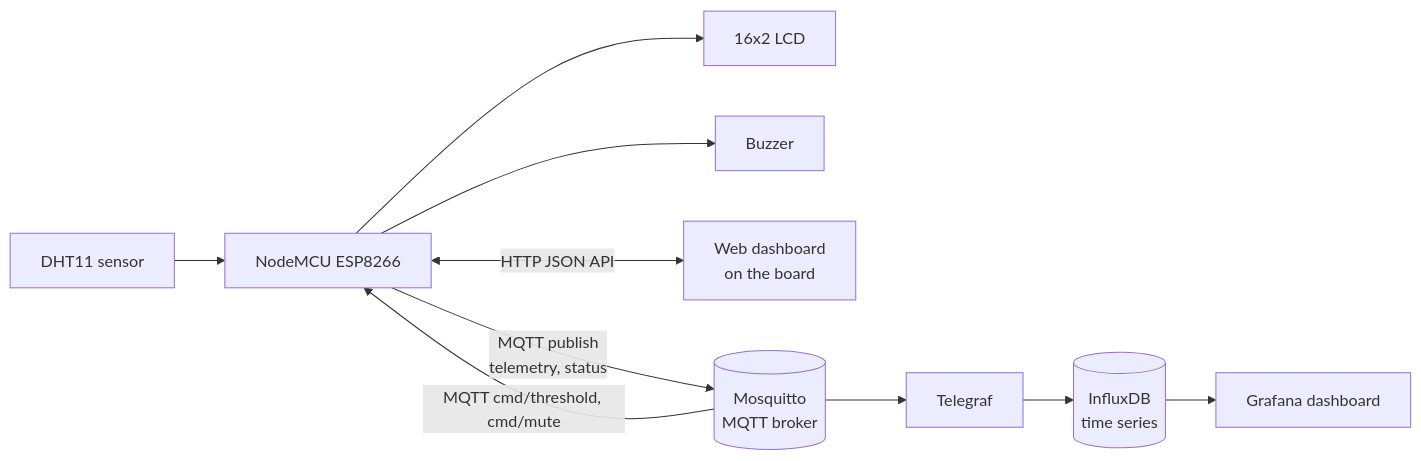
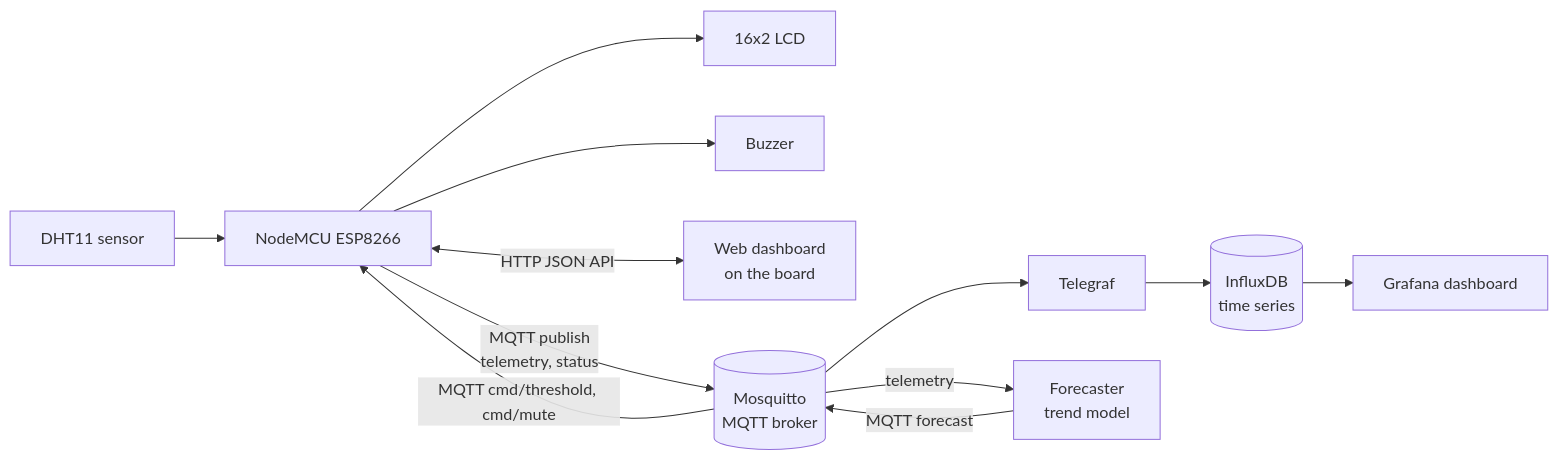
Before and after one commit to tringo286/smart-room-temperature-monitor: the diagram in README.md, drawn with Mermaid. The commit also changed other lines of this file and 14 other files, not shown here.

````diff
--- a/README.md
+++ b/README.md
@@ -7,12 +7,14 @@
 ```mermaid
 flowchart LR
     DHT[DHT11 sensor] --> MCU[NodeMCU ESP8266]
     MCU --> LCD[16x2 LCD]
     MCU --> BUZ[Buzzer]
     MCU <-- "HTTP JSON API" --> WEB[Web dashboard<br/>on the board]
     MCU -- "MQTT publish<br/>telemetry, status" --> MQ[(Mosquitto<br/>MQTT broker)]
     MQ -- "MQTT cmd/threshold, cmd/mute" --> MCU
     MQ --> TG[Telegraf]
     TG --> DB[(InfluxDB<br/>time series)]
     DB --> GF[Grafana dashboard]
+    MQ -- "telemetry" --> FC[Forecaster<br/>trend model]
+    FC -- "MQTT forecast" --> MQ
 ```
````
